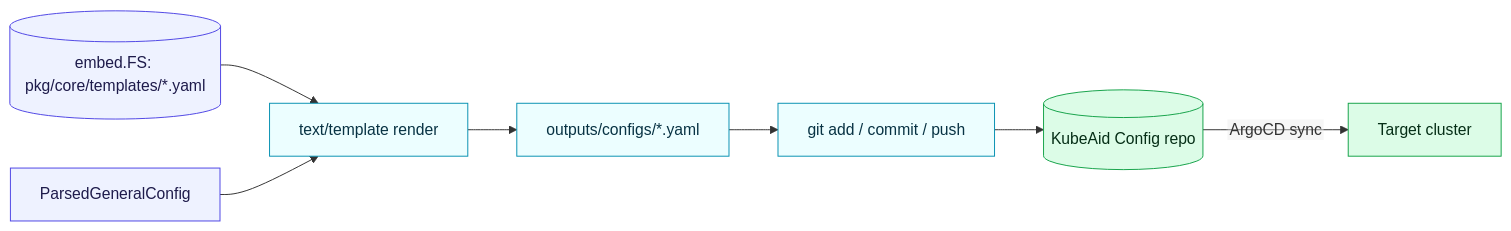
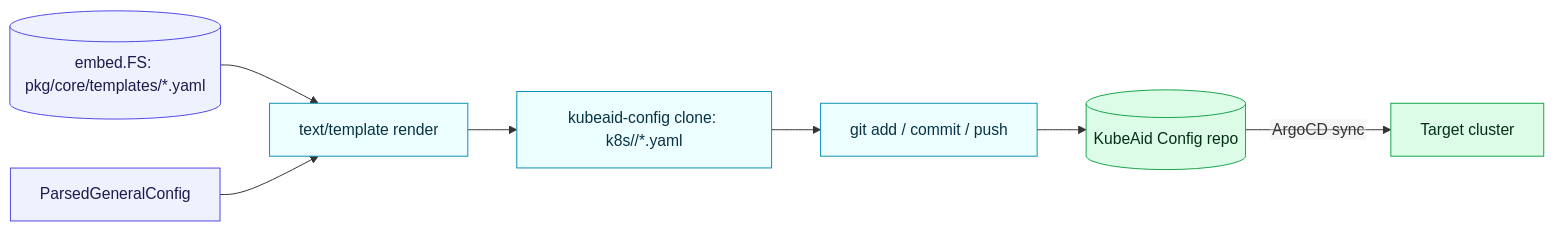
The ninth of 11 diagrams in docs/architecture.md (Obmondo/kubeaid-cli), drawn with Mermaid before and after one commit. The commit also changed other lines of this file and 25 other files, not shown here.

````diff
--- a/docs/architecture.md
+++ b/docs/architecture.md
@@ -418,17 +418,17 @@
 ```mermaid
 %%{init: {'flowchart': {'htmlLabels': false}}}%%
 flowchart LR
   embed[("embed.FS: pkg/core/templates/*.yaml")] --> render
   cfg["ParsedGeneralConfig"] --> render
-  render["text/template render"] --> files["outputs/configs/*.yaml"]
+  render["text/template render"] --> files["kubeaid-config clone: k8s/<cluster>/*.yaml"]
   files --> commit["git add / commit / push"]
   commit --> repo[("KubeAid Config repo")]
   repo -- "ArgoCD sync" --> cluster["Target cluster"]
 
   classDef src fill:#eef2ff,stroke:#4f46e5,color:#1e1b4b;
   classDef mid fill:#ecfeff,stroke:#0891b2,color:#083344;
   classDef out fill:#dcfce7,stroke:#16a34a,color:#052e16;
   class embed,cfg src;
   class render,files,commit mid;
   class repo,cluster out;
 ```
````
